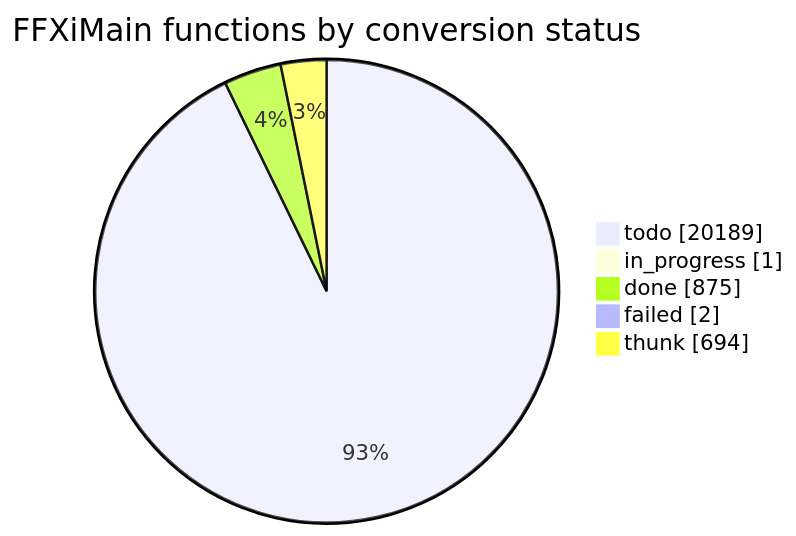
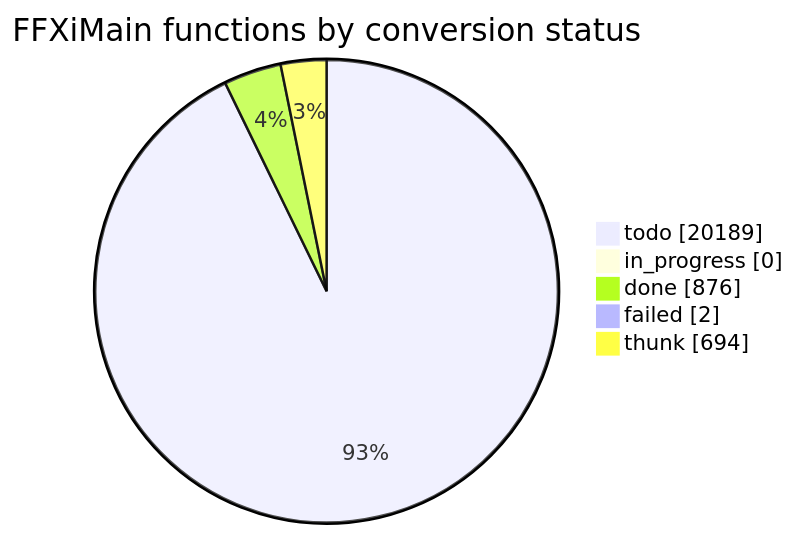
The diagram in docs/cow/STATUS.md (cowrevenge/cow_kuluu_xi_anything), drawn with Mermaid before and after one commit. The commit also changed other lines of this file and 9 other files, not shown here.

````diff
--- a/docs/cow/STATUS.md
+++ b/docs/cow/STATUS.md
@@ -18,9 +18,9 @@
 ```mermaid
 pie showData
     title FFXiMain functions by conversion status
     "todo" : 20189
-    "in_progress" : 1
-    "done" : 875
+    "in_progress" : 0
+    "done" : 876
     "failed" : 2
     "thunk" : 694
 ```
````
